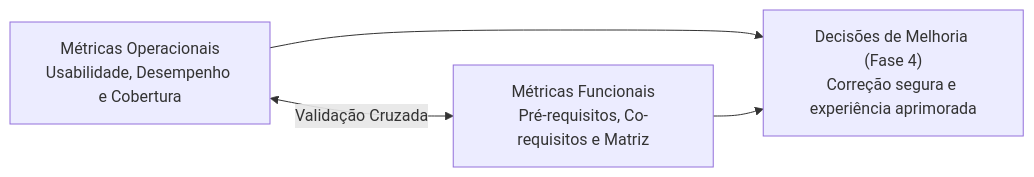
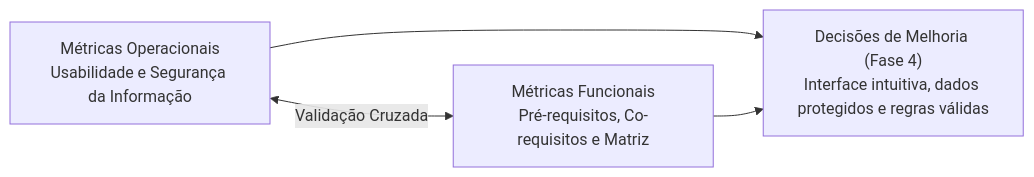
The second of 2 diagrams in docs/fases/fase2/operacionais/visaoGeral.md (FCTE-Qualidade-de-Software-1/2026-2_T02_JEAN_SAMMET), drawn with Mermaid before and after one commit. The commit also changed other lines of this file and 10 other files, not shown here.

Commit message:
docs: ajuste de escopo e métricas para Adequação Funcional, Usabilidade e Segurança

````diff
--- a/docs/fases/fase2/operacionais/visaoGeral.md
+++ b/docs/fases/fase2/operacionais/visaoGeral.md
@@ -94,6 +88,6 @@
 ```mermaid
 graph LR
-    OP["Métricas Operacionais<br/>Usabilidade, Desempenho e Cobertura"] <-->|"Validação Cruzada"| FN["Métricas Funcionais<br/>Pré-requisitos, Co-requisitos e Matriz"]
-    OP --> DEC["Decisões de Melhoria (Fase 4)<br/>Correção segura e experiência aprimorada"]
+    OP["Métricas Operacionais<br/>Usabilidade e Segurança da Informação"] <-->|"Validação Cruzada"| FN["Métricas Funcionais<br/>Pré-requisitos, Co-requisitos e Matriz"]
+    OP --> DEC["Decisões de Melhoria (Fase 4)<br/>Interface intuitiva, dados protegidos e regras válidas"]
     FN --> DEC
 ```
````
